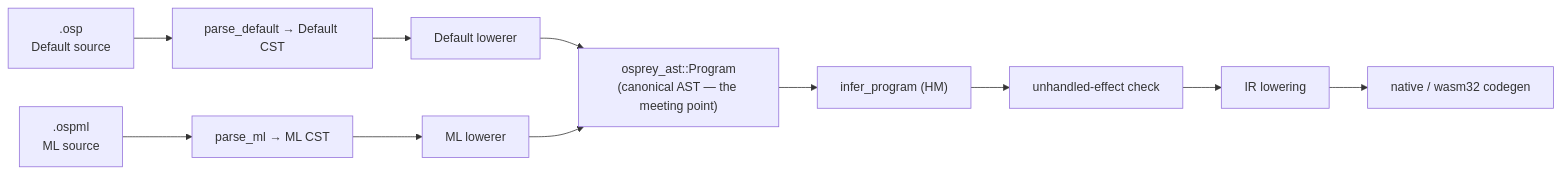
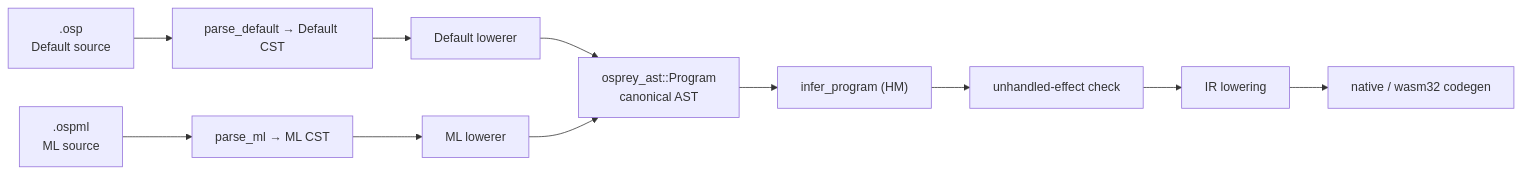
Before and after one commit to Nimblesite/osprey: the first of 3 diagrams in docs/specs/0023-LanguageFlavors.md, drawn with Mermaid. The commit also changed other lines of this file and 206 other files, not shown here.

````diff
--- a/docs/specs/0023-LanguageFlavors.md
+++ b/docs/specs/0023-LanguageFlavors.md
@@ -124,13 +118,13 @@
 ```mermaid
 flowchart LR
     DSrc[".osp<br/>Default source"] --> DParse["parse_default → Default CST"]
     MSrc[".ospml<br/>ML source"] --> MParse["parse_ml → ML CST"]
     DParse --> DLower["Default lowerer"]
     MParse --> MLower["ML lowerer"]
-    DLower --> AST["osprey_ast::Program<br/>(canonical AST — the meeting point)"]
+    DLower --> AST["osprey_ast::Program<br/>canonical AST"]
     MLower --> AST
     AST --> Infer["infer_program (HM)"]
     Infer --> Eff["unhandled-effect check"]
     Eff --> IR["IR lowering"]
     IR --> Cg["native / wasm32 codegen"]
 ```
````
